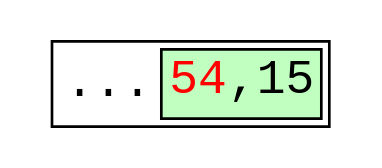
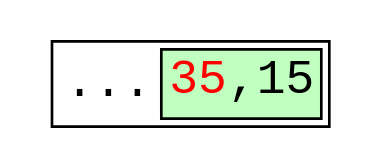
One commit to petergeoghegan/pg_query_internals changed the diagram in optimized-left-leaf-page-split.dot. Above: the diagram before and after it, drawn with Graphviz. The commit also changed 4 other files, not shown here.

```diff
--- a/optimized-left-leaf-page-split.dot
+++ b/optimized-left-leaf-page-split.dot
@@ -1,26 +1,26 @@
 // Example B-Tree graph
 //
 // Breadth-first order
 //
 // Start from root, go left to right
 //
 // Workflow:
 //
 // $ dot -T svg btree.dot -o btree.svg;
 
 digraph nbtree {
 graph [fontname = "monospace"];
 node [shape = none,height=.1,fontname = "monospace",fontsize=18];
 // Level 0 (leaf level)
 leafnode_1[ label=<<table>
                     <tr>
                         <td border="0" bgcolor='white' port="t0">...</td>
-                        <td bgcolor='darkseagreen1' port="t1"><font color="red">54</font>,15</td>
+                        <td bgcolor='darkseagreen1' port="t1"><font color="red">35</font>,15</td>
                     </tr>
                 </table>
                >
         ];
 //Force alignment from root to internal to leaf levels:
 //edge[style=invis];
 //"rootnode":d1 -> "leafnode_2":t2
 }
```
